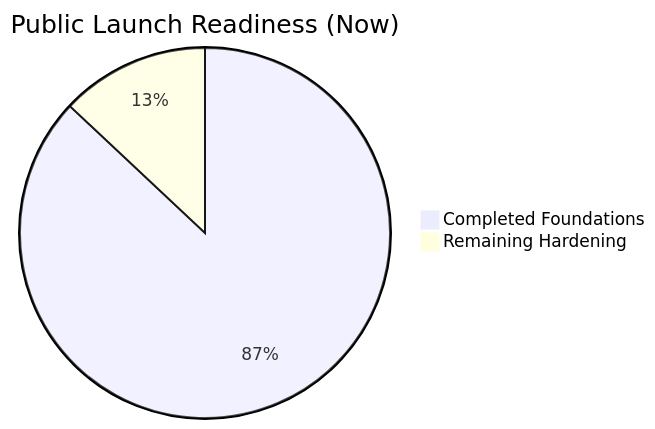
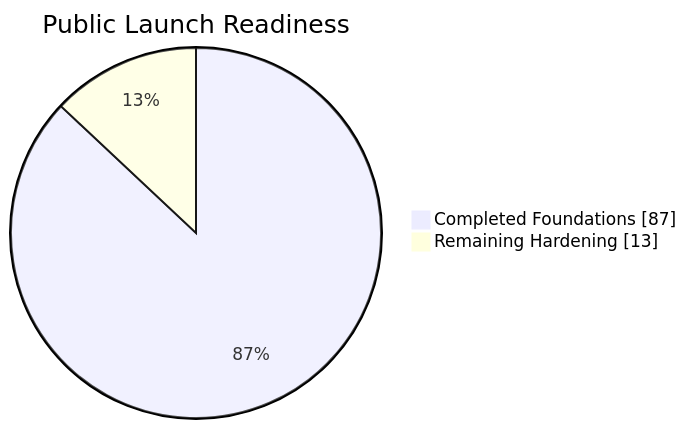
Before and after one commit to prettyinpurple2021/solo-ai: the first of 3 diagrams in docs/reports/VISUAL_PUBLIC_LAUNCH_ROADMAP.md, drawn with Mermaid. The commit also changed 1 other file, not shown here.

Commit message:
feat: enable docs-canvas in settings and update visual progress meter title in roadmap documentation

````diff
--- a/docs/reports/VISUAL_PUBLIC_LAUNCH_ROADMAP.md
+++ b/docs/reports/VISUAL_PUBLIC_LAUNCH_ROADMAP.md
@@ -24,5 +24,5 @@
 ```mermaid
-pie title Public Launch Readiness (Now)
+pie showData title Public Launch Readiness
     "Completed Foundations" : 87
     "Remaining Hardening" : 13
 ```
````
